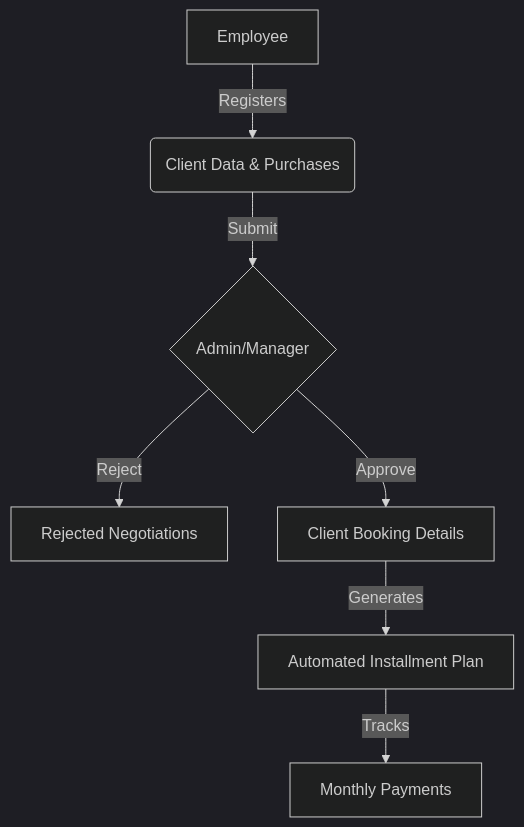
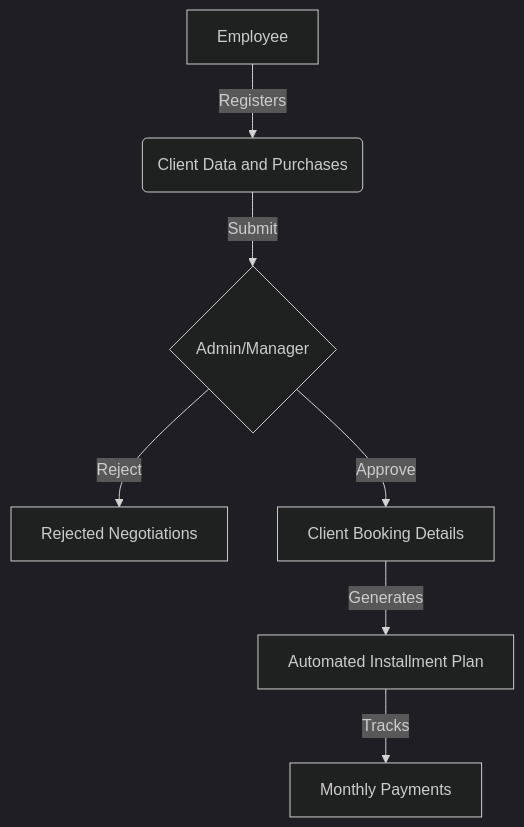
The diagram in README.md (Toqa-Ashraf8/RealEstate_FullStack_System), drawn with Mermaid (dark theme) before and after one commit.

````diff
--- a/README.md
+++ b/README.md
@@ -85,9 +85,9 @@
 ```mermaid
 graph TD
-A[Employee] -->|Registers| B(Client Data & Purchases)
+A[Employee] -->|Registers| B(Client Data and Purchases)
 B -->|Submit| C{Admin/Manager}
 C -->|Reject| D[Rejected Negotiations]
 C -->|Approve| E[Client Booking Details]
 E -->|Generates| F[Automated Installment Plan]
 F -->|Tracks| G[Monthly Payments]
 ```
````
